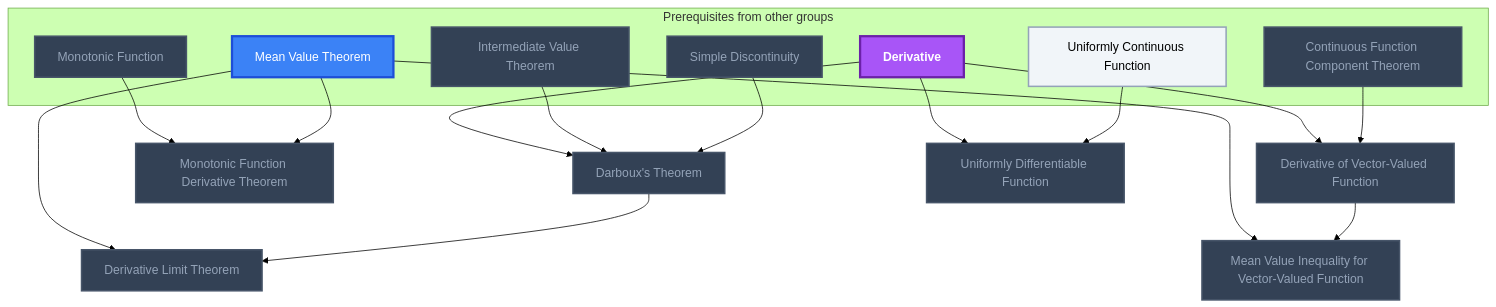
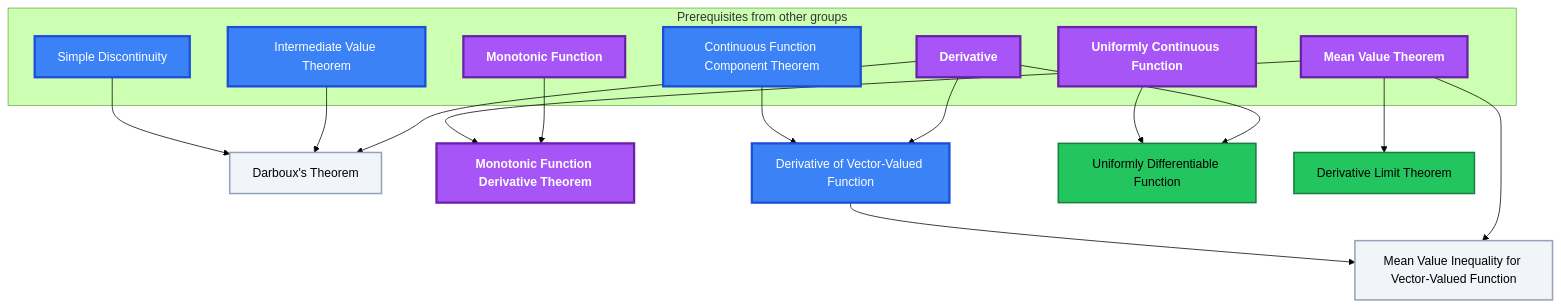
One commit to MRauf1/My-Notes changed the tenth of 22 diagrams in Gamification/Skill Trees/Real Analysis.md. Above: the diagram before and after it, drawn with Mermaid (forest theme). The commit also changed other lines of this file and 145 other files, not shown here.

````diff
--- a/Gamification/Skill Trees/Real Analysis.md
+++ b/Gamification/Skill Trees/Real Analysis.md
@@ -877,45 +896,44 @@
 ```mermaid
 flowchart TD
     classDef planned fill:#1E293B,stroke:#64748B,stroke-width:2px,stroke-dasharray:5 5,color:#94A3B8;
     classDef locked fill:#334155,stroke:#475569,stroke-width:2px,color:#94A3B8;
     classDef L0 fill:#F1F5F9,stroke:#94A3B8,stroke-width:2px,color:#000000;
     classDef L1 fill:#22C55E,stroke:#15803D,stroke-width:2px,color:#000000;
     classDef L2 fill:#3B82F6,stroke:#1D4ED8,stroke-width:3px,color:#FFFFFF;
     classDef L3 fill:#A855F7,stroke:#6B21A8,stroke-width:3px,color:#FFFFFF,font-weight:bold;
     classDef L4 fill:#F97316,stroke:#C2410C,stroke-width:4px,color:#000000,font-weight:bold;
     classDef L5 fill:#FFD700,stroke:#FF8C00,stroke-width:5px,color:#000000,font-weight:bold;
     classDef rusty stroke:#8B4513,stroke-width:4px,stroke-dasharray:3 3;
     subgraph sg_prereqs["Prerequisites from other groups"]
         n_derivative["Derivative"]
         n_intermediate_value_theorem["Intermediate Value Theorem"]
         n_simple_discontinuity["Simple Discontinuity"]
         n_monotonic_function["Monotonic Function"]
         n_mean_value_theorem["Mean Value Theorem"]
         n_continuous_function_component_theorem["Continuous Function Component Theorem"]
         n_uniformly_continuous_function["Uniformly Continuous Function"]
     end
     n_darboux_s_theorem["Darboux's Theorem"]
     n_monotonic_function_derivative_theorem["Monotonic Function Derivative Theorem"]
     n_derivative_of_vector_valued_function["Derivative of Vector-Valued Function"]
     n_mean_value_inequality_for_vector_valued_function["Mean Value Inequality for Vector-Valued Function"]
     n_uniformly_differentiable_function["Uniformly Differentiable Function"]
     n_derivative_limit_theorem["Derivative Limit Theorem"]
     n_derivative --> n_darboux_s_theorem
     n_intermediate_value_theorem --> n_darboux_s_theorem
     n_simple_discontinuity --> n_darboux_s_theorem
     n_monotonic_function --> n_monotonic_function_derivative_theorem
     n_mean_value_theorem --> n_monotonic_function_derivative_theorem
     n_derivative --> n_derivative_of_vector_valued_function
     n_continuous_function_component_theorem --> n_derivative_of_vector_valued_function
     n_mean_value_theorem --> n_mean_value_inequality_for_vector_valued_function
     n_derivative_of_vector_valued_function --> n_mean_value_inequality_for_vector_valued_function
     n_derivative --> n_uniformly_differentiable_function
     n_uniformly_continuous_function --> n_uniformly_differentiable_function
     n_mean_value_theorem --> n_derivative_limit_theorem
-    n_darboux_s_theorem --> n_derivative_limit_theorem
-    class n_intermediate_value_theorem,n_simple_discontinuity,n_monotonic_function,n_continuous_function_component_theorem,n_darboux_s_theorem,n_monotonic_function_derivative_theorem,n_derivative_of_vector_valued_function,n_mean_value_inequality_for_vector_valued_function,n_uniformly_differentiable_function,n_derivative_limit_theorem locked;
-    class n_uniformly_continuous_function L0;
-    class n_mean_value_theorem L2;
-    class n_derivative L3;
+    class n_darboux_s_theorem,n_mean_value_inequality_for_vector_valued_function L0;
+    class n_uniformly_differentiable_function,n_derivative_limit_theorem L1;
+    class n_intermediate_value_theorem,n_simple_discontinuity,n_continuous_function_component_theorem,n_derivative_of_vector_valued_function L2;
+    class n_derivative,n_monotonic_function,n_mean_value_theorem,n_uniformly_continuous_function,n_monotonic_function_derivative_theorem L3;
     class n_derivative,n_intermediate_value_theorem,n_simple_discontinuity,n_monotonic_function,n_mean_value_theorem,n_continuous_function_component_theorem,n_uniformly_continuous_function,n_darboux_s_theorem,n_monotonic_function_derivative_theorem,n_derivative_of_vector_valued_function,n_mean_value_inequality_for_vector_valued_function,n_uniformly_differentiable_function,n_derivative_limit_theorem internal-link;
 ```
````
